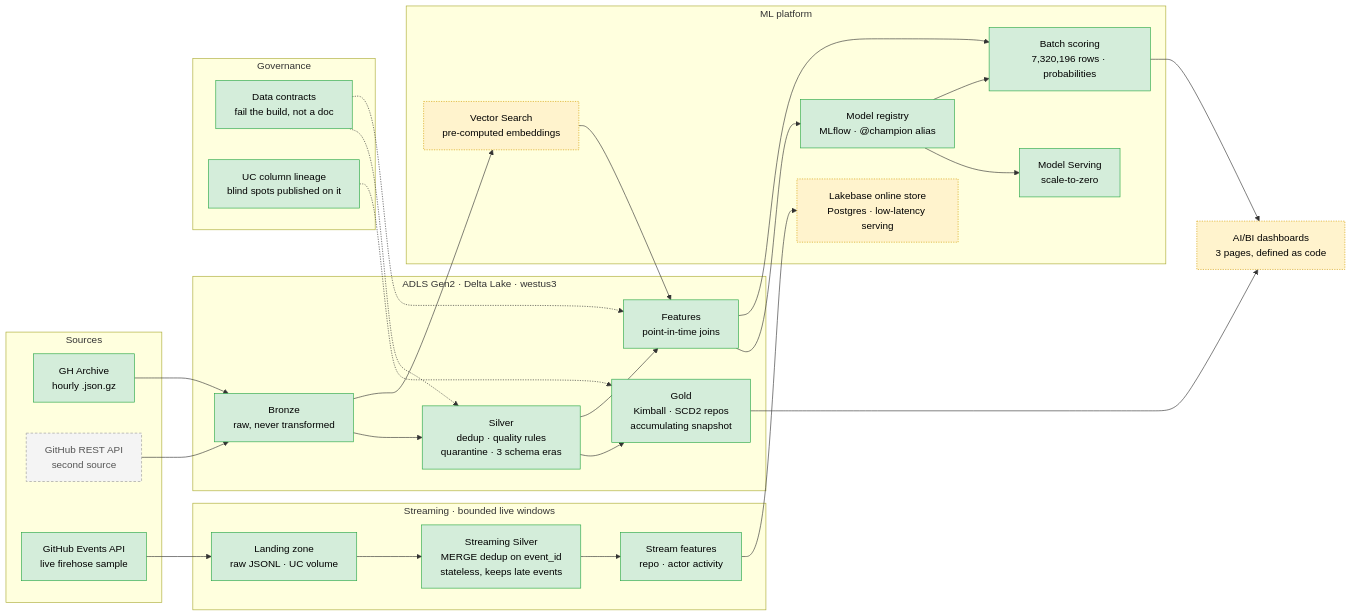
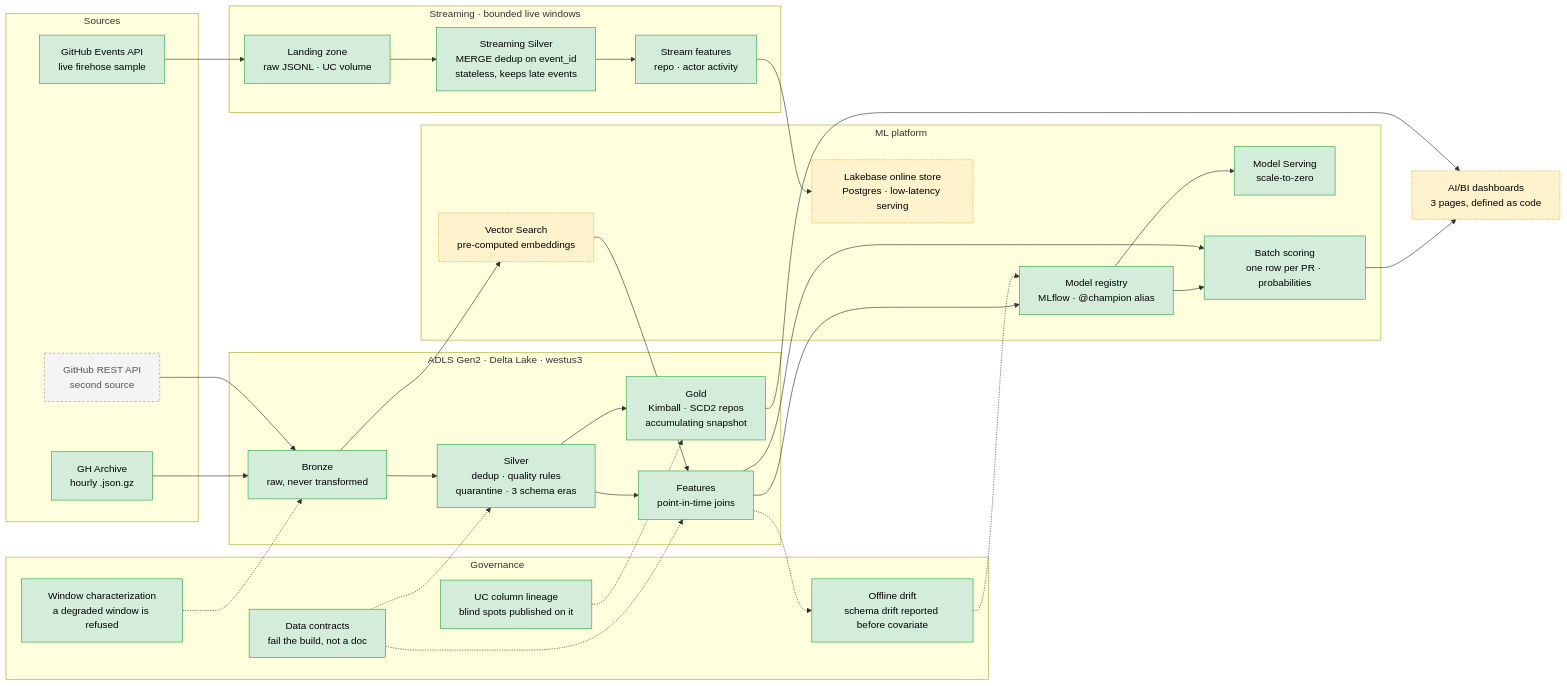
One commit to bsreecharanreddy/almanac changed the diagram in README.md. Above: the diagram before and after it, drawn with Mermaid. The commit also changed 4 other files, not shown here.

````diff
--- a/README.md
+++ b/README.md
@@ -257,58 +257,63 @@
 ```mermaid
 flowchart LR
   subgraph src[Sources]
     GHA[GH Archive<br/>hourly .json.gz]
     API[GitHub REST API<br/>second source]
     EV[GitHub Events API<br/>live firehose sample]
   end
 
   subgraph lake[ADLS Gen2 · Delta Lake · westus3]
     B[Bronze<br/>raw, never transformed]
     S[Silver<br/>dedup · quality rules<br/>quarantine · 3 schema eras]
     G[Gold<br/>Kimball · SCD2 repos<br/>accumulating snapshot]
     F[Features<br/>point-in-time joins]
   end
 
   subgraph stream[Streaming · bounded live windows]
     L[Landing zone<br/>raw JSONL · UC volume]
     SS[Streaming Silver<br/>MERGE dedup on event_id<br/>stateless, keeps late events]
     SF[Stream features<br/>repo · actor activity]
   end
 
   subgraph ml[ML platform]
     R[Model registry<br/>MLflow · @champion alias]
     E[Model Serving<br/>scale-to-zero]
-    P[Batch scoring<br/>7,320,196 rows · probabilities]
+    P[Batch scoring<br/>one row per PR · probabilities]
     V[Vector Search<br/>pre-computed embeddings]
     O[Lakebase online store<br/>Postgres · low-latency serving]
   end
 
   subgraph gov[Governance]
     CT[Data contracts<br/>fail the build, not a doc]
     LN[UC column lineage<br/>blind spots published on it]
+    WC[Window characterization<br/>a degraded window is refused]
+    DR[Offline drift<br/>schema drift reported before covariate]
   end
 
   GHA --> B
   API --> B
   B --> S
   S --> G
   S --> F
   F --> R --> E
   R --> P
   F --> P
   P --> BI[AI/BI dashboards<br/>3 pages, defined as code]
   G --> BI
   B --> V
   V --> F
   EV --> L --> SS --> SF --> O
   CT -.-> S
   CT -.-> F
   LN -.-> G
+  WC -.-> B
+  F -.-> DR
+  DR -.-> R
 
   classDef done fill:#d4edda,stroke:#28a745,color:#000
   classDef todo fill:#f4f4f4,stroke:#999,color:#555,stroke-dasharray:4 3
   classDef gone fill:#fff3cd,stroke:#d39e00,color:#000,stroke-dasharray:2 2
-  class GHA,B,S,G,F,R,E,P,EV,L,SS,SF,CT,LN done
+  class GHA,B,S,G,F,R,E,P,EV,L,SS,SF,CT,LN,WC,DR done
   class API todo
   class V,O,BI gone
 ```
````
